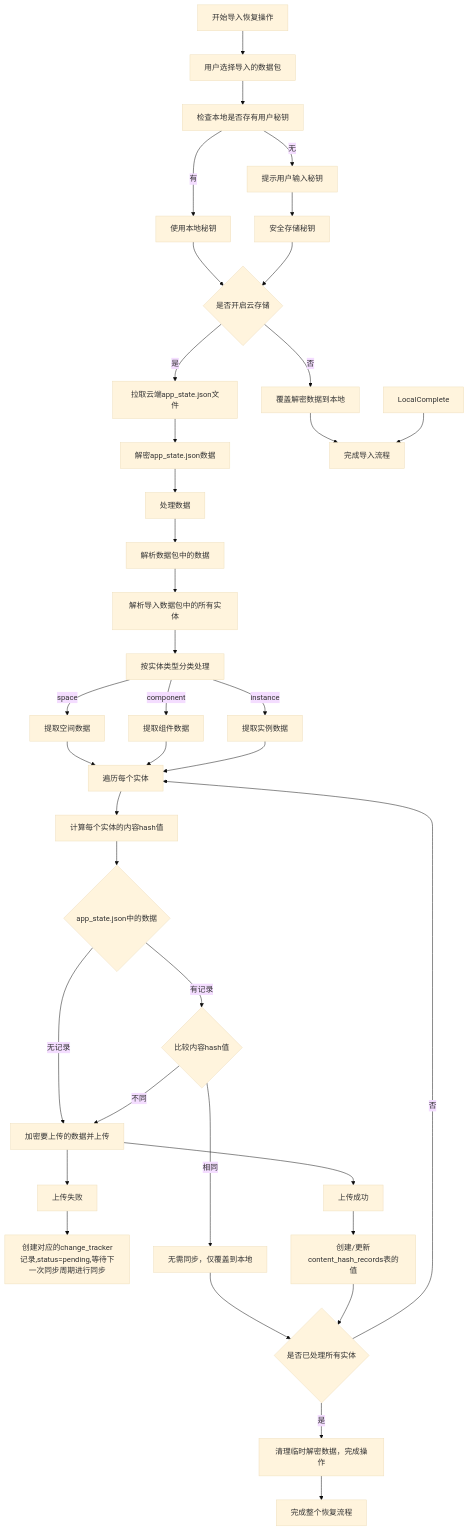
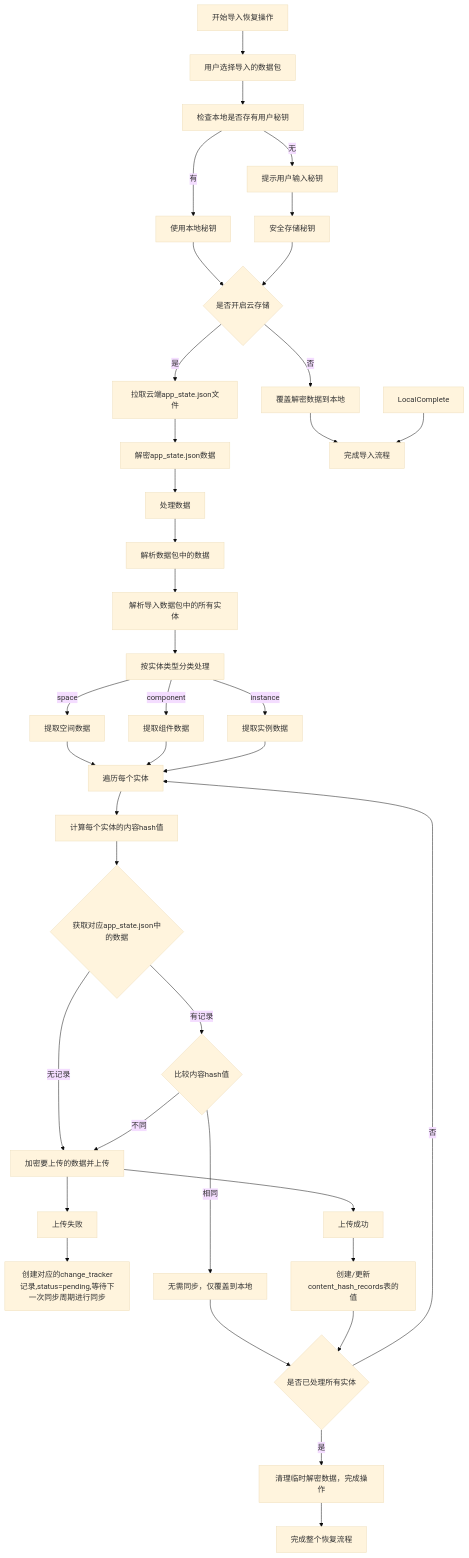
One commit to yingjianzh/iodraw-files changed the diagram in all/未命名-47.md. Above: the diagram before and after it, drawn with Mermaid (base theme).

Commit message:
2025-04-29 15:01:14 update

````diff
--- a/all/未命名-47.md
+++ b/all/未命名-47.md
@@ -1,56 +1,56 @@
 ```mermaid
 flowchart TD
     A[开始导入恢复操作] --> B[用户选择导入的数据包]
     B --> B1[检查本地是否存有用户秘钥]
     
     B1 -->|有| B3[使用本地秘钥]
     B1 -->|无| B4[提示用户输入秘钥]
 
     B4 --> B8[安全存储秘钥]
     B3 --> Check{是否开启云存储}
 
     B8 --> Check
     Check --> |否| LocalOnly[覆盖解密数据到本地]
     
     Check --> |是| Download[拉取云端app_state.json文件]
     Download --> AppState[解密app_state.json数据]
 
     LocalOnly --> Complete[完成导入流程]
     AppState --> Process[处理数据]
 
     Process --> C[解析数据包中的数据]
     
     C --> D[解析导入数据包中的所有实体]
     D --> G[按实体类型分类处理]
     
     G -->|space| H1[提取空间数据]
     G -->|component| H2[提取组件数据]
     G -->|instance| H3[提取实例数据]
     
     H1 --> I[遍历每个实体]
     H2 --> I
     H3 --> I
     
     I --> CalcHash[计算每个实体的内容hash值]
-    CalcHash --> L{app_state.json中的数据}
+    CalcHash --> L{获取对应app_state.json中的数据}
     
     L -->|无记录| M1[加密要上传的数据并上传]
     M1 --> N1[上传成功]
     M1 --> N2[上传失败]
     
     N2 --> N3[创建对应的change_tracker记录,status=pending,等待下一次同步周期进行同步]
     N1 --> M4[创建/更新content_hash_records表的值]
     LocalComplete --> Complete
 
     L -->|有记录| M2{比较内容hash值}
     M2 -->|相同| M3[无需同步，仅覆盖到本地]
     M2 -->|不同| M1
     
     M3 --> S{是否已处理所有实体}
     M4 --> S
 
     S -->|否| I
     S -->|是| U[清理临时解密数据，完成操作]
 
     U --> V[完成整个恢复流程]
 ```
````
